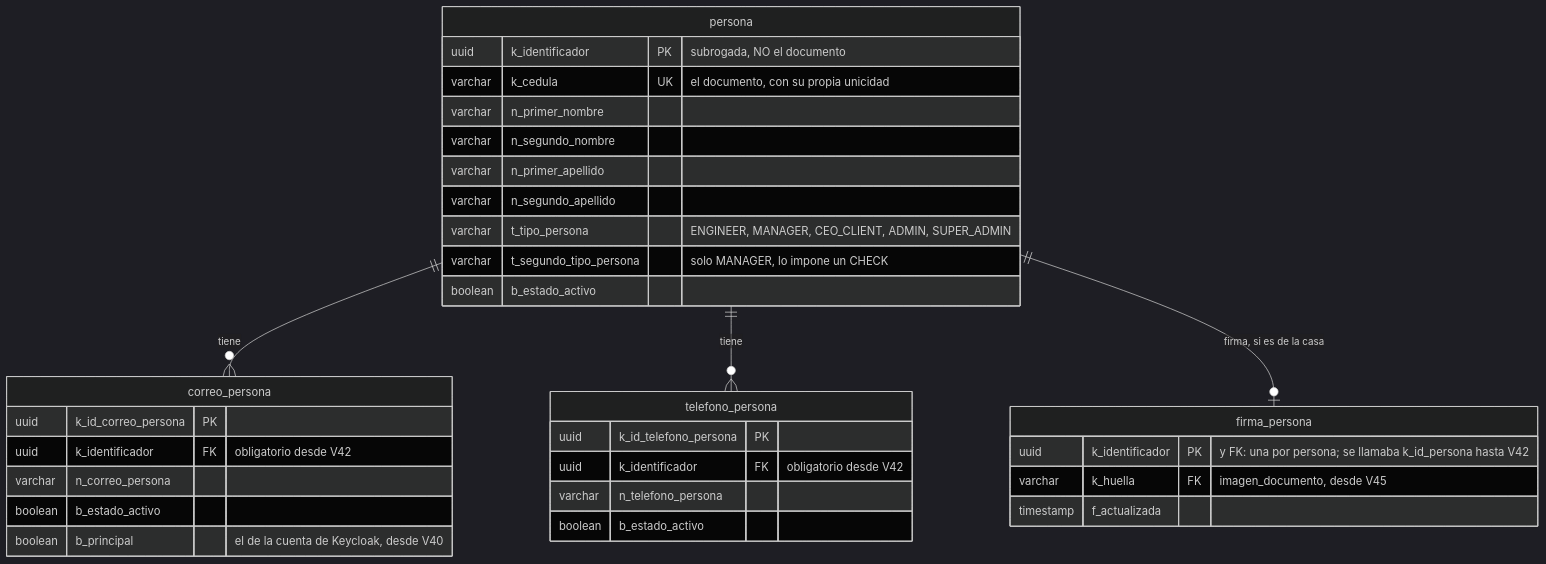
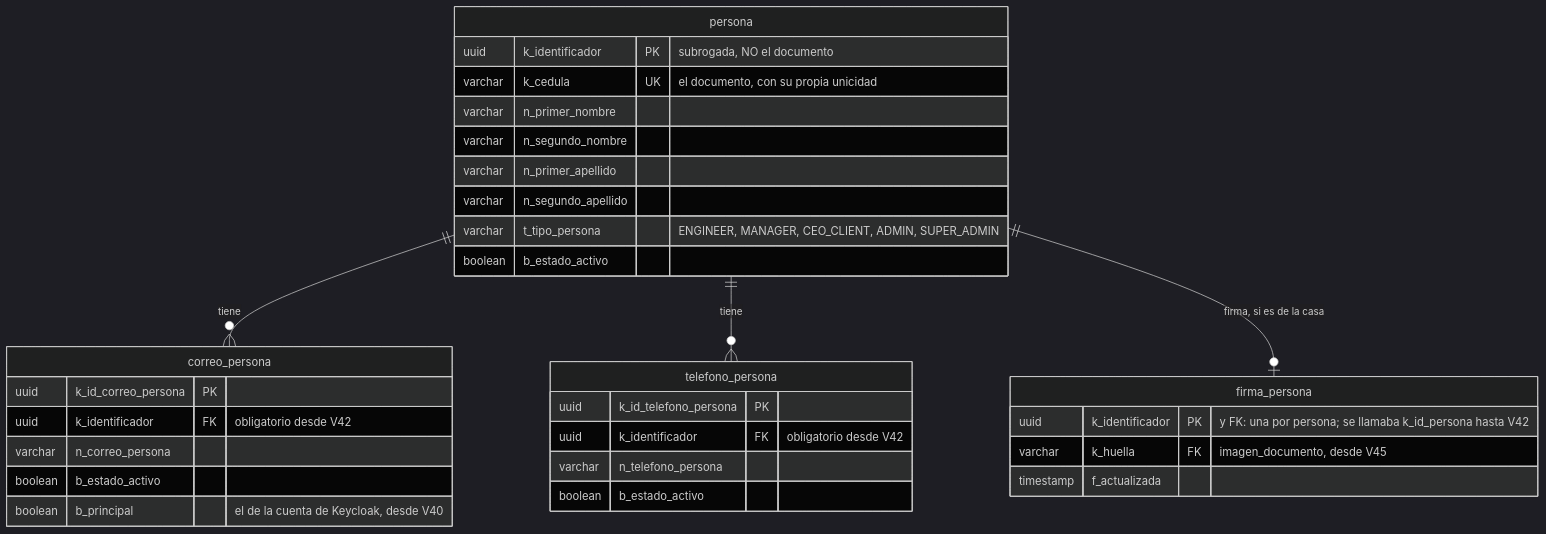
The fifth of 12 diagrams in SecondBrain/wiki/base-de-datos/esquema-bd-malphasos.md (SeanBol222/MalphasOs), drawn with Mermaid (dark theme) before and after one commit. The commit also changed other lines of this file and 9 other files, not shown here.

First line of the commit message:
docs: V46, and two wiki claims the schema already made impossible

````diff
--- a/SecondBrain/wiki/base-de-datos/esquema-bd-malphasos.md
+++ b/SecondBrain/wiki/base-de-datos/esquema-bd-malphasos.md
@@ -381,35 +384,34 @@
 ```mermaid
 erDiagram
     persona ||--o{ correo_persona : "tiene"
     persona ||--o{ telefono_persona : "tiene"
     persona ||--o| firma_persona : "firma, si es de la casa"
     persona {
         uuid k_identificador PK "subrogada, NO el documento"
         varchar k_cedula UK "el documento, con su propia unicidad"
         varchar n_primer_nombre
         varchar n_segundo_nombre
         varchar n_primer_apellido
         varchar n_segundo_apellido
         varchar t_tipo_persona "ENGINEER, MANAGER, CEO_CLIENT, ADMIN, SUPER_ADMIN"
-        varchar t_segundo_tipo_persona "solo MANAGER, lo impone un CHECK"
         boolean b_estado_activo
     }
     correo_persona {
         uuid k_id_correo_persona PK
         uuid k_identificador FK "obligatorio desde V42"
         varchar n_correo_persona
         boolean b_estado_activo
         boolean b_principal "el de la cuenta de Keycloak, desde V40"
     }
     telefono_persona {
         uuid k_id_telefono_persona PK
         uuid k_identificador FK "obligatorio desde V42"
         varchar n_telefono_persona
         boolean b_estado_activo
     }
     firma_persona {
         uuid k_identificador PK "y FK: una por persona; se llamaba k_id_persona hasta V42"
         varchar k_huella FK "imagen_documento, desde V45"
         timestamp f_actualizada
     }
 ```
````
